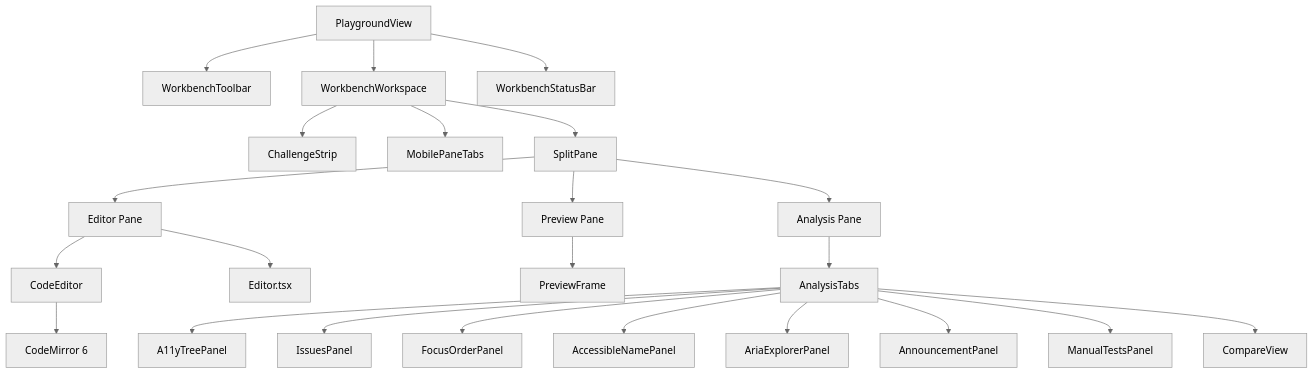
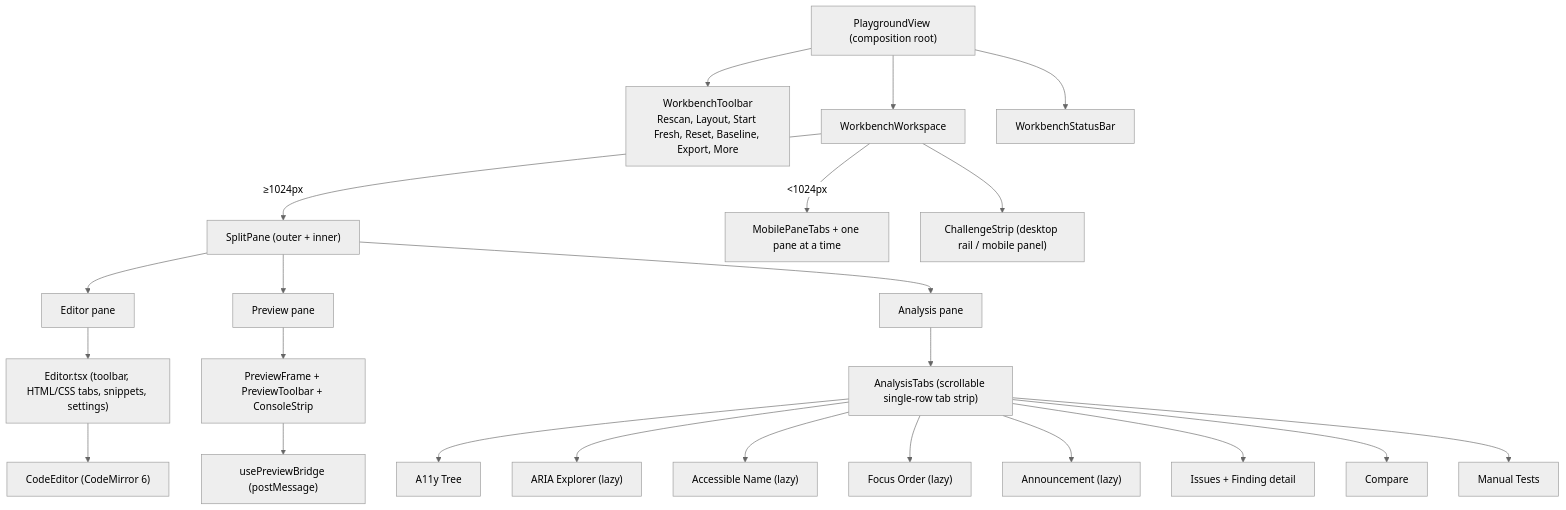
One commit to antaripdebgupta/accessibility-playground changed the second of 7 diagrams in ARCHITECTURE.md. Above: the diagram before and after it, drawn with Mermaid (neutral theme). The commit also changed other lines of this file and 4 other files, not shown here.

````diff
--- a/ARCHITECTURE.md
+++ b/ARCHITECTURE.md
@@ -196,31 +37,28 @@
 ```mermaid
 graph TD
-    PV["PlaygroundView"]
-    PV --> WT["WorkbenchToolbar"]
+    PV["PlaygroundView (composition root)"] --> WT["WorkbenchToolbar<br/>Rescan, Layout, Start Fresh, Reset, Baseline, Export, More"]
     PV --> WW["WorkbenchWorkspace"]
     PV --> SB["WorkbenchStatusBar"]
 
-    WW --> CS["ChallengeStrip"]
-    WW --> MP["MobilePaneTabs"]
-    WW --> SP["SplitPane"]
+    WW -->|"≥1024px"| SP["SplitPane (outer + inner)"]
+    WW -->|"<1024px"| MPT["MobilePaneTabs + one pane at a time"]
+    WW --> CS["ChallengeStrip (desktop rail / mobile panel)"]
 
-    SP --> EP["Editor Pane"]
-    SP --> PP["Preview Pane"]
-    SP --> AP["Analysis Pane"]
+    SP --> EP["Editor pane"]
+    SP --> PP["Preview pane"]
+    SP --> AP["Analysis pane"]
 
-    EP --> CE["CodeEditor"]
-    EP --> ED["Editor.tsx"]
-    CE --> CM["CodeMirror 6"]
-
-    PP --> PF["PreviewFrame"]
-
-    AP --> AT["AnalysisTabs"]
-    AT --> TP["A11yTreePanel"]
-    AT --> IP["IssuesPanel"]
-    AT --> FO["FocusOrderPanel"]
-    AT --> AN["AccessibleNamePanel"]
-    AT --> AE["AriaExplorerPanel"]
-    AT --> AP2["AnnouncementPanel"]
-    AT --> MT["ManualTestsPanel"]
-    AT --> CV["CompareView"]
+    EP --> ED["Editor.tsx (toolbar, HTML/CSS tabs, snippets, settings)"]
+    ED --> CE["CodeEditor (CodeMirror 6)"]
+    PP --> PF["PreviewFrame + PreviewToolbar + ConsoleStrip"]
+    PF --> BR["usePreviewBridge (postMessage)"]
+    AP --> AT["AnalysisTabs (scrollable single-row tab strip)"]
+    AT --> P1["A11y Tree"]
+    AT --> P2["ARIA Explorer (lazy)"]
+    AT --> P3["Accessible Name (lazy)"]
+    AT --> P4["Focus Order (lazy)"]
+    AT --> P5["Announcement (lazy)"]
+    AT --> P6["Issues + Finding detail"]
+    AT --> P7["Compare"]
+    AT --> P8["Manual Tests"]
 ```
````
